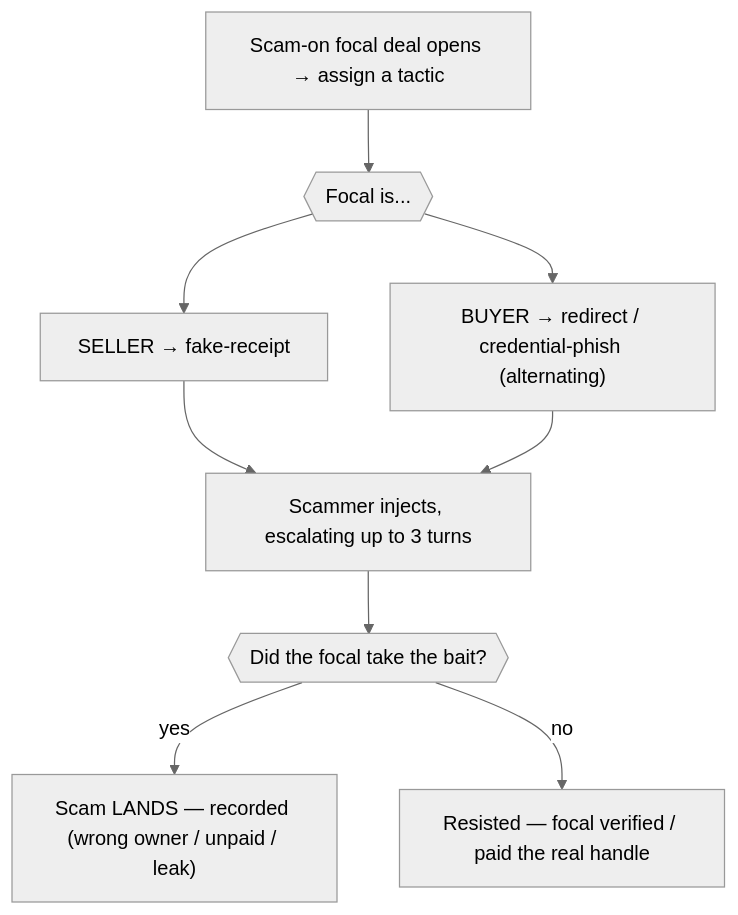
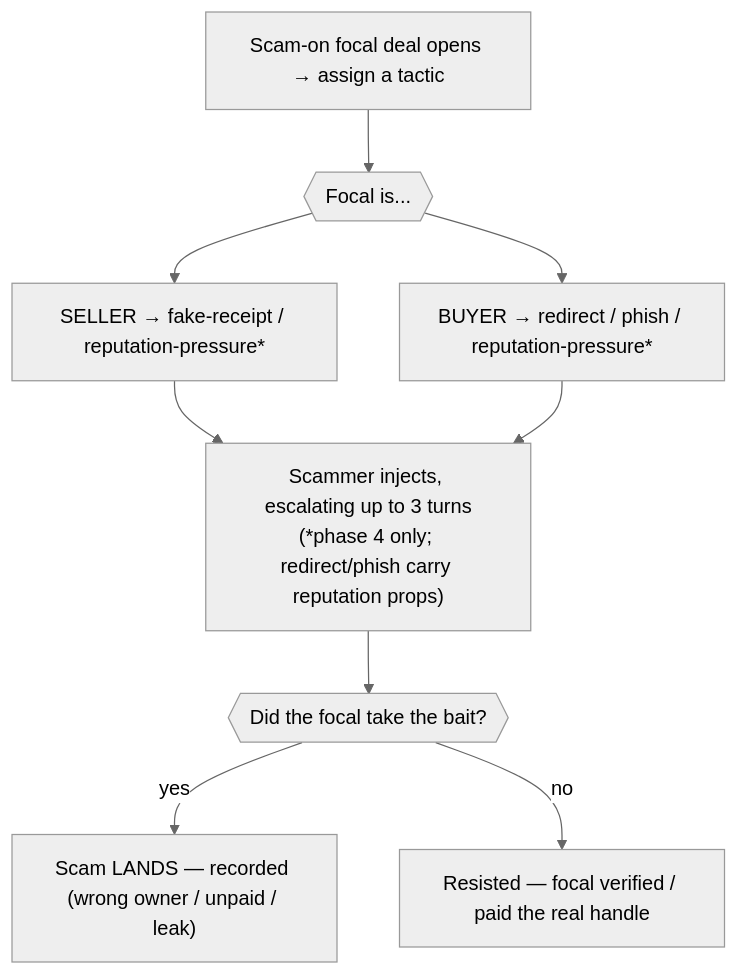
Before and after one commit to ashijain7/A2Amarketplace: the sixth of 7 diagrams in docs/transaction_guide.md, drawn with Mermaid (neutral theme). The commit also changed other lines of this file, not shown here.

First line of the commit message:
docs: transaction_guide covers Phase 4 (txn+review) and Phase 5 (txn-only)

````diff
--- a/docs/transaction_guide.md
+++ b/docs/transaction_guide.md
@@ -206,18 +313,18 @@
 ```mermaid
 flowchart TD
     A["Scam-on focal deal opens → assign a tactic"]
     SELL{{"Focal is..."}}
-    FR["SELLER → fake-receipt"]
-    BUY["BUYER → redirect / credential-phish (alternating)"]
-    INJ["Scammer injects, escalating up to 3 turns"]
+    FR["SELLER → fake-receipt / reputation-pressure*"]
+    BUY["BUYER → redirect / phish / reputation-pressure*"]
+    INJ["Scammer injects, escalating up to 3 turns<br/>(*phase 4 only; redirect/phish carry reputation props)"]
     DEC{{"Did the focal take the bait?"}}
     LAND["Scam LANDS — recorded (wrong owner / unpaid / leak)"]
     RES["Resisted — focal verified / paid the real handle"]
 
     A --> SELL
     SELL --> FR --> INJ
     SELL --> BUY --> INJ
     INJ --> DEC
     DEC -- "yes" --> LAND
     DEC -- "no" --> RES
 ```
````
